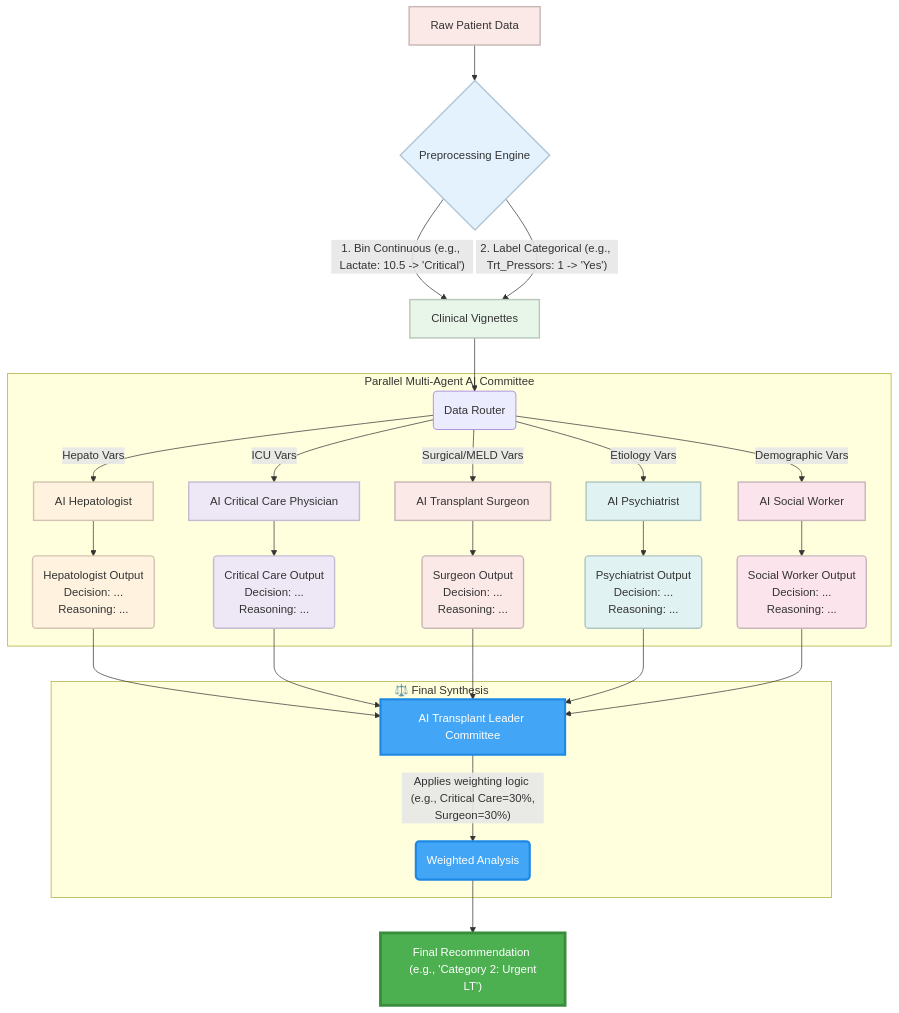
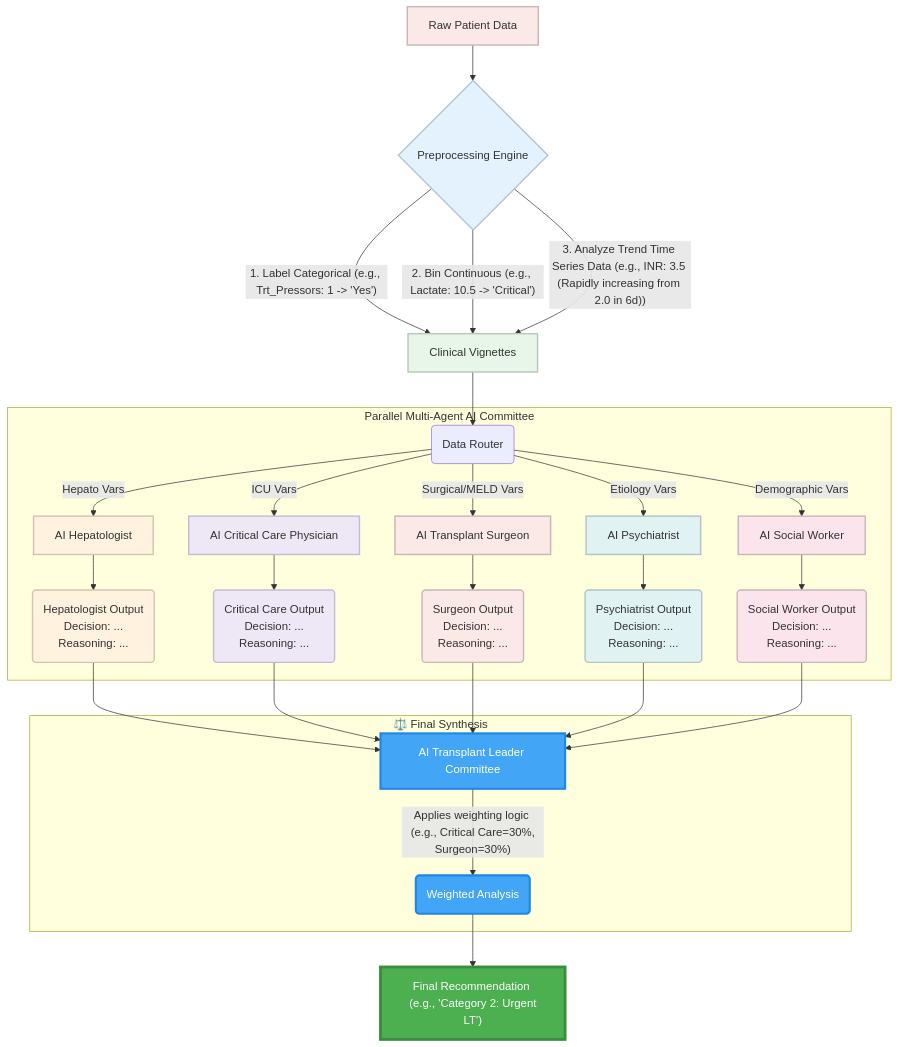
Before and after one commit to billy-enrizky/multi-agent-alfsg: the diagram in README.md, drawn with Mermaid.

Commit message:
Reorder preprocessing steps in README diagram

````diff
--- a/README.md
+++ b/README.md
@@ -6,52 +6,53 @@
 ```mermaid
 graph TD;
     A[Raw Patient Data] --> B{Preprocessing Engine};
-    B -- "1. Bin Continuous (e.g., Lactate: 10.5 -> 'Critical')" --> C[Clinical Vignettes];
-    B -- "2. Label Categorical (e.g., Trt_Pressors: 1 -> 'Yes')" --> C;
+    B -- "1. Label Categorical (e.g., Trt_Pressors: 1 -> 'Yes')" --> C[Clinical Vignettes];
+    B -- "2. Bin Continuous (e.g., Lactate: 10.5 -> 'Critical')" --> C;
+    B -- "3. Analyze Trend Time Series Data (e.g., INR: 3.5 (Rapidly increasing from 2.0 in 6d))" --> C;
     
     C --> D(Data Router);
 
     subgraph "Parallel Multi-Agent AI Committee"
         D -- "Hepato Vars" --> E[AI Hepatologist];
         D -- "ICU Vars" --> F[AI Critical Care Physician];
         D -- "Surgical/MELD Vars" --> G[AI Transplant Surgeon];
         D -- "Etiology Vars" --> H[AI Psychiatrist];
         D -- "Demographic Vars" --> I[AI Social Worker];
 
         E --> E_out("Hepatologist Output \n Decision: ... \n Reasoning: ...");
         F --> F_out("Critical Care Output \n Decision: ... \n Reasoning: ...");
         G --> G_out("Surgeon Output \n Decision: ... \n Reasoning: ...");
         H --> H_out("Psychiatrist Output \n Decision: ... \n Reasoning: ...");
         I --> I_out("Social Worker Output \n Decision: ... \n Reasoning: ...");
     end
 
     subgraph "⚖️ Final Synthesis"
         E_out --> J[AI Transplant Leader Committee];
         F_out --> J;
         G_out --> J;
         H_out --> J;
         I_out --> J;
         
         J -- "Applies weighting logic \n (e.g., Critical Care=30%, Surgeon=30%)" --> K("Weighted Analysis");
     end
 
     K --> L["Final Recommendation \n (e.g., 'Category 2: Urgent LT')"];
 
     %% Styling
     style A fill:#fbe9e7,stroke:#c8b7b5,stroke-width:2px
     style B fill:#e3f2fd,stroke:#b1c5d4,stroke-width:2px
     style C fill:#e8f5e9,stroke:#b8c7b9,stroke-width:2px
     style E fill:#fff3e0,stroke:#d3c4b1,stroke-width:2px
     style F fill:#ede7f6,stroke:#c3bdd4,stroke-width:2px
     style G fill:#fbe9e7,stroke:#c8b7b5,stroke-width:2px
     style H fill:#e0f2f1,stroke:#b0c5c4,stroke-width:2px
     style I fill:#fce4ec,stroke:#c9b6bd,stroke-width:2px
     style E_out fill:#fff3e0,stroke:#d3c4b1,stroke-width:2px
     style F_out fill:#ede7f6,stroke:#c3bdd4,stroke-width:2px
     style G_out fill:#fbe9e7,stroke:#c8b7b5,stroke-width:2px
     style H_out fill:#e0f2f1,stroke:#b0c5c4,stroke-width:2px
     style I_out fill:#fce4ec,stroke:#c9b6bd,stroke-width:2px
     style J fill:#42a5f5,stroke:#1e88e5,stroke-width:3px,color:#fff
     style K fill:#42a5f5,stroke:#1e88e5,stroke-width:3px,color:#fff
     style L fill:#4caf50,stroke:#388e3c,stroke-width:4px,color:#fff
 ```
````
